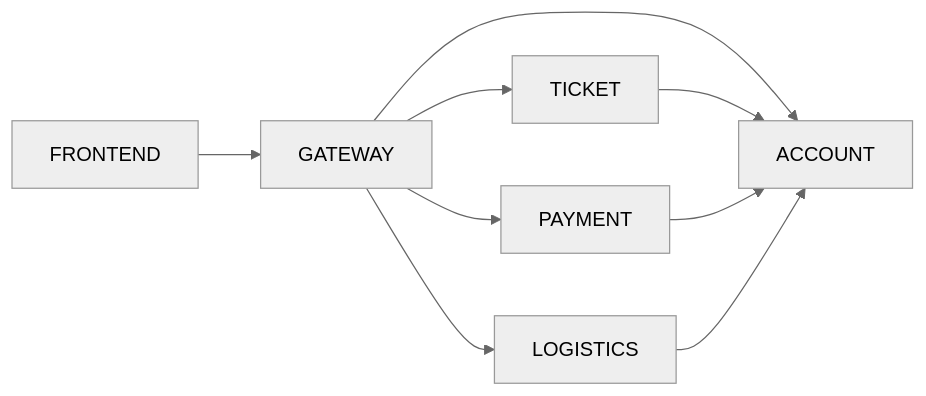
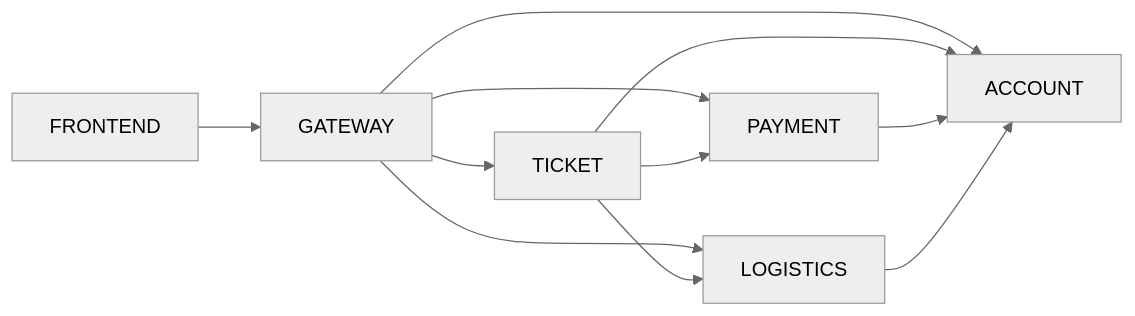
One commit to PWR-ACS-SE-24/SoftwareSystemDesign changed the diagram in documentation/system-parts.md. Above: the diagram before and after it, drawn with Mermaid (neutral theme). The commit also changed other lines of this file and 1 other file, not shown here.

````diff
--- a/documentation/system-parts.md
+++ b/documentation/system-parts.md
@@ -3,18 +3,20 @@
 ```mermaid
 flowchart LR
   FRONTEND
   GATEWAY
   TICKET
   PAYMENT
   ACCOUNT
   LOGISTICS
 
   FRONTEND --> GATEWAY
   GATEWAY --> TICKET
   GATEWAY --> PAYMENT
   GATEWAY --> ACCOUNT
   GATEWAY --> LOGISTICS
   TICKET --> ACCOUNT
+  TICKET --> PAYMENT
+  TICKET --> LOGISTICS
   PAYMENT --> ACCOUNT
   LOGISTICS --> ACCOUNT
 ```
````
